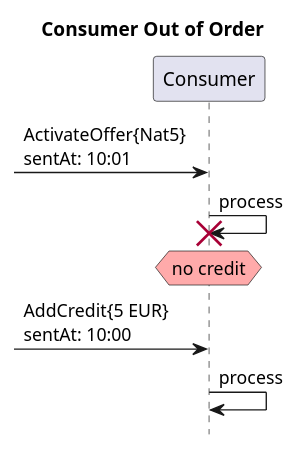
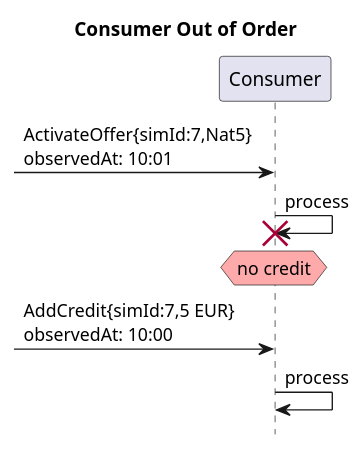
One commit to victorrentea/kafka changed the diagram in patterns/2_order_c.puml. Above: the diagram before and after it, drawn with PlantUML. The commit also changed 1 other file, not shown here.

```diff
--- a/patterns/2_order_c.puml
+++ b/patterns/2_order_c.puml
@@ -1,10 +1,11 @@
 @startuml
 title Consumer Out of Order
 hide footbox
 
-->Consumer: ActivateOffer{Nat5}\nsentAt: 10:01
+->Consumer: ActivateOffer{simId:7,Nat5}\nobservedAt: 10:01
 Consumer->Consumer!!: process
 hnote over Consumer #FFAAAA: no credit
-->Consumer: AddCredit{5 EUR}\nsentAt: 10:00
+
+->Consumer: AddCredit{simId:7,5 EUR}\nobservedAt: 10:00
 Consumer->Consumer: process
 @enduml
```
